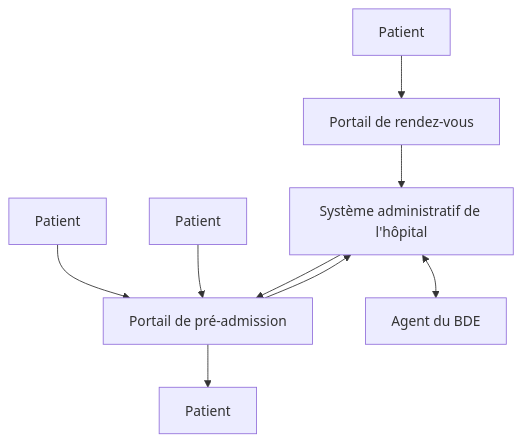
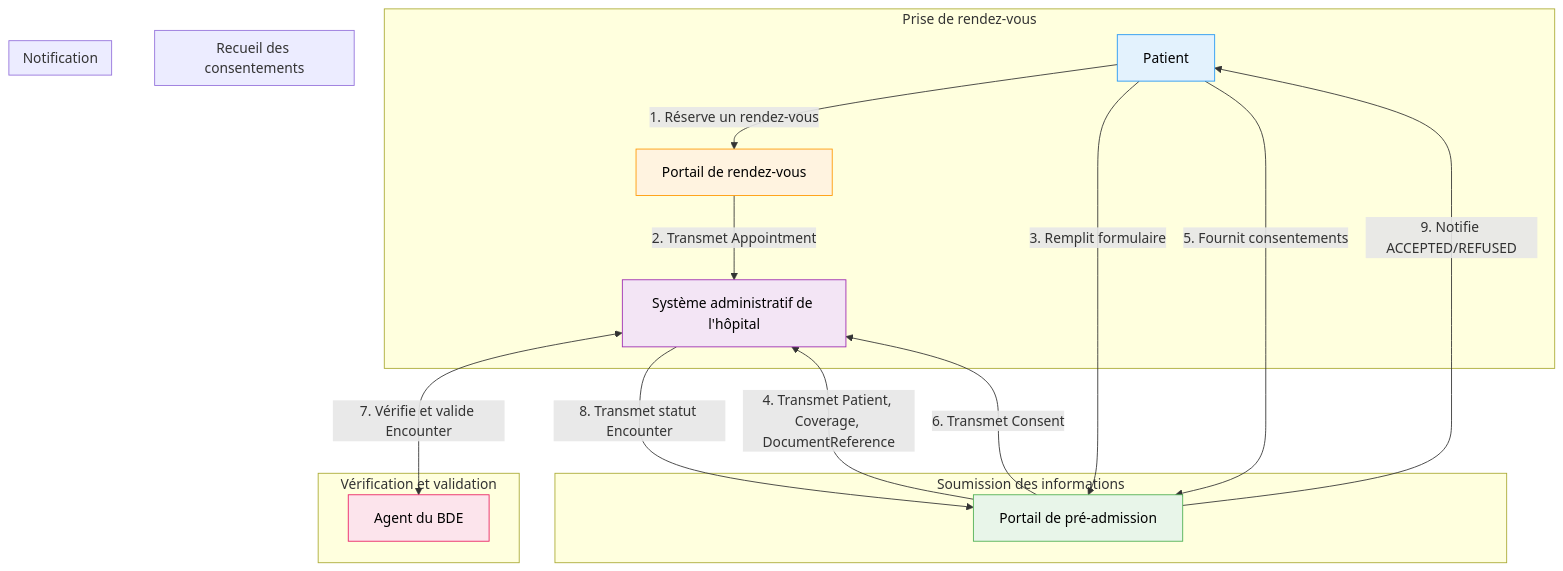
The diagram in input/pagecontent/flux.md (Interop-Sante/hl7.fhir.fr.preadmission), drawn with Mermaid before and after one commit. The commit also changed 7 other files, not shown here.

Commit message:
Précisions sur les critère de recherche sur Coverage, DocumentReference et Encounter + nettoyage des fsh inutiles + précisions dans le narratif

````diff
--- a/input/pagecontent/flux.md
+++ b/input/pagecontent/flux.md
@@ -150,20 +150,45 @@
 ```mermaid
 flowchart TD
+    %% Styles
+    classDef patient fill:#E3F2FD,stroke:#2196F3,color:#000
+    classDef portailRDV fill:#FFF3E0,stroke:#FF9800,color:#000
+    classDef portailPA fill:#E8F5E9,stroke:#4CAF50,color:#000
+    classDef sih fill:#F3E5F5,stroke:#9C27B0,color:#000
+    classDef agent fill:#FCE4EC,stroke:#E91E63,color:#000
+
+    %% Acteurs
+    A[Patient]:::patient
+    B[Portail de rendez-vous]:::portailRDV
+    C[Système administratif de l'hôpital]:::sih
+    E[Portail de pré-admission]:::portailPA
+    G[Agent du BDE]:::agent
+
     %% Étape 1 : Prise de rendez-vous
-    A[Patient] --> B[Portail de rendez-vous]
-    B --> C[Système administratif de l'hôpital]
+    subgraph Prise de rendez-vous
+        A -->|1. Réserve un rendez-vous| B
+        B -->|2. Transmet Appointment| C
+    end
 
-    %% Étape 2 : Soumission des infos de pré-admission
-    D[Patient] --> E[Portail de pré-admission]
-    E --> C
+    %% Étape 2 : Soumission des informations de pré-admission
+    subgraph Soumission des informations
+        A -->|3. Remplit formulaire| E
+        E -->|4. Transmet Patient, Coverage, DocumentReference| C
+    end
 
     %% Étape 3 : Recueil des consentements
-    F[Patient] --> E
+    subgraph Recueil des consentements
+        A -->|5. Fournit consentements| E
+        E -->|6. Transmet Consent| C
+    end
 
     %% Étape 4 : Vérification et validation
-    C <--> G[Agent du BDE]
+    subgraph Vérification et validation
+        C <-->|7. Vérifie et valide Encounter| G
+    end
 
     %% Étape 5 : Notification au patient
-    C --> E
-    E --> H[Patient]
+    subgraph Notification
+        C -->|8. Transmet statut Encounter| E
+        E -->|9. Notifie ACCEPTED/REFUSED| A
+    end
 ```
````
